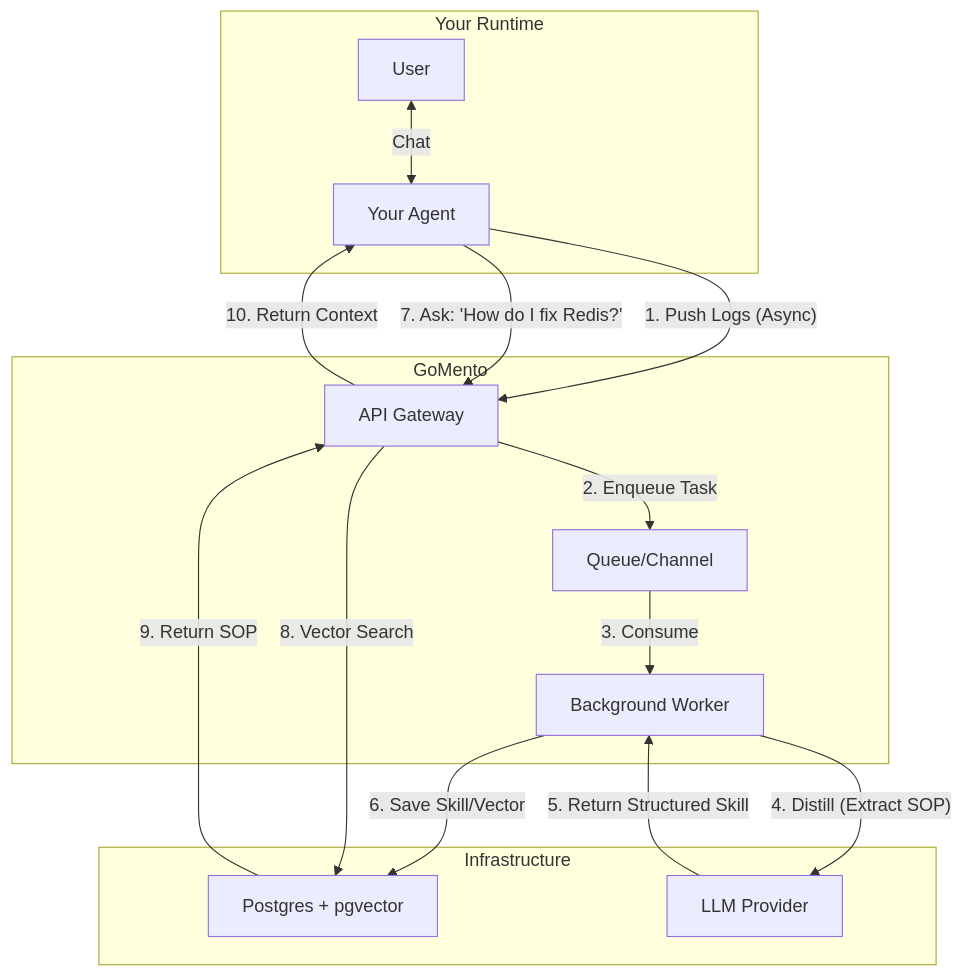
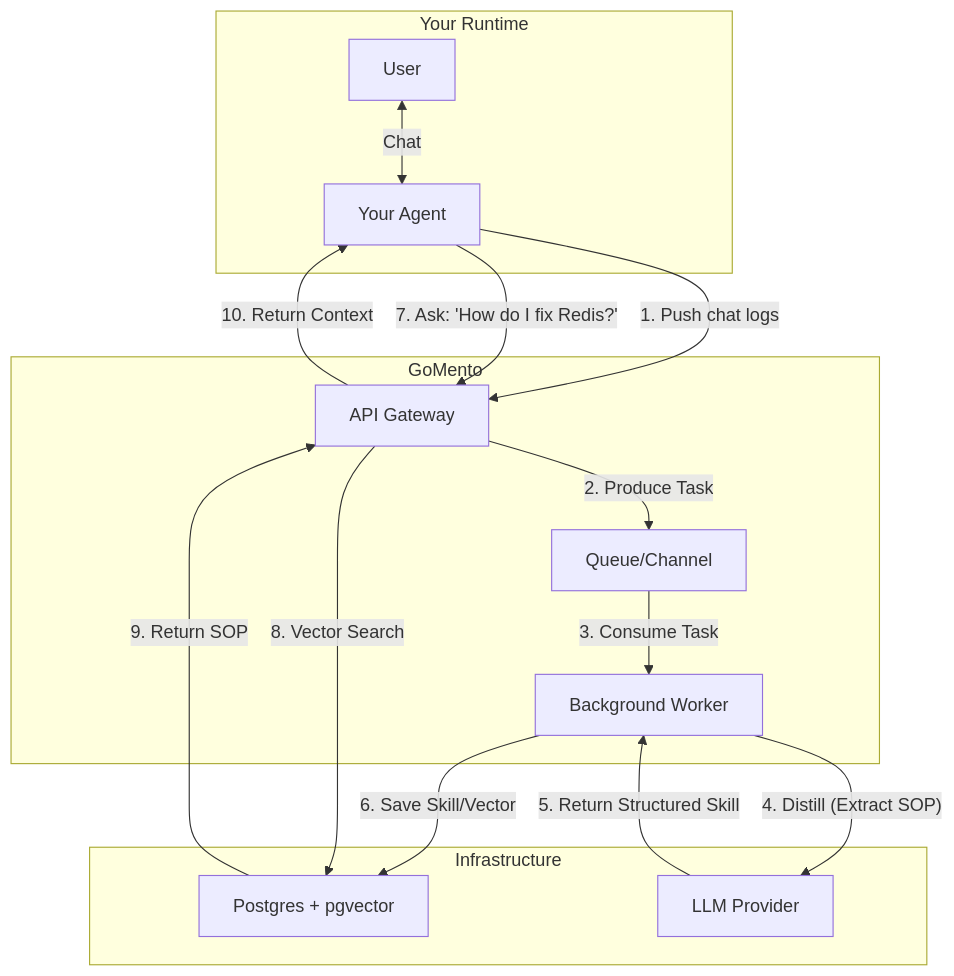
The first of 2 diagrams in README.md (w-h-a/gomento), drawn with Mermaid before and after one commit. The commit also changed 11 other files, not shown here.

````diff
--- a/README.md
+++ b/README.md
@@ -19,31 +19,31 @@
 ```mermaid
 graph TD
     subgraph "Your Runtime"
         User[User] <-->|Chat| Agent[Your Agent]
     end
 
     subgraph "GoMento"
         API[API Gateway]
         Queue[Queue/Channel]
         Worker[Background Worker]
     end
 
     subgraph "Infrastructure"
         Postgres[Postgres + pgvector]
         LLM[LLM Provider]
     end
 
     %% Flow 1: Storing Context
-    Agent -- "1. Push Logs (Async)" --> API
-    API -- "2. Enqueue Task" --> Queue
-    Queue -- "3. Consume" --> Worker
+    Agent -- "1. Push chat logs" --> API
+    API -- "2. Produce Task" --> Queue
+    Queue -- "3. Consume Task" --> Worker
     Worker -- "4. Distill (Extract SOP)" --> LLM
     LLM -- "5. Return Structured Skill" --> Worker
     Worker -- "6. Save Skill/Vector" --> Postgres
 
     %% Flow 2: Retrieval
     Agent -- "7. Ask: 'How do I fix Redis?'" --> API
     API -- "8. Vector Search" --> Postgres
     Postgres -- "9. Return SOP" --> API
     API -- "10. Return Context" --> Agent
 ```
````
